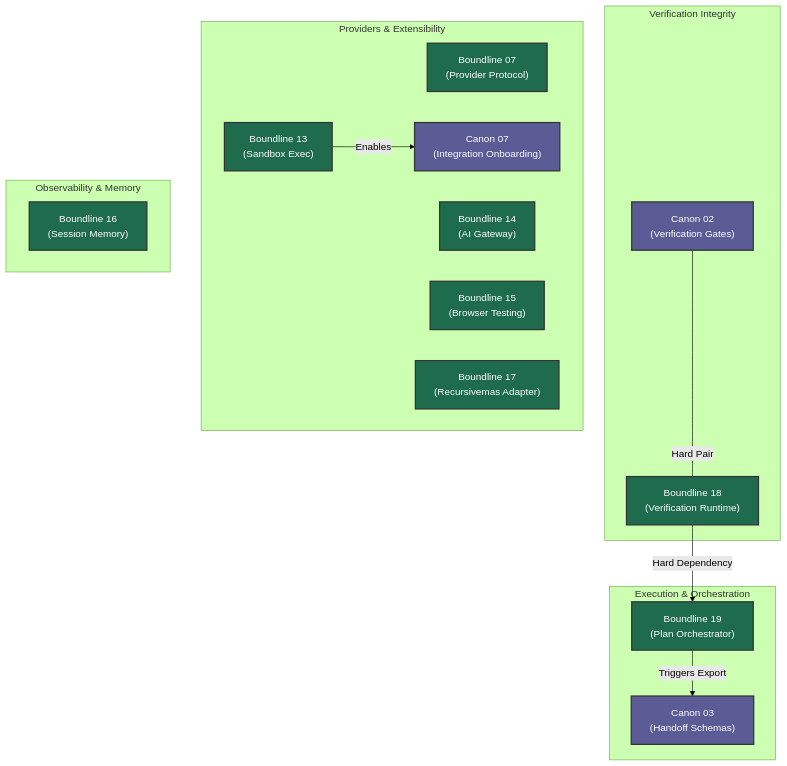
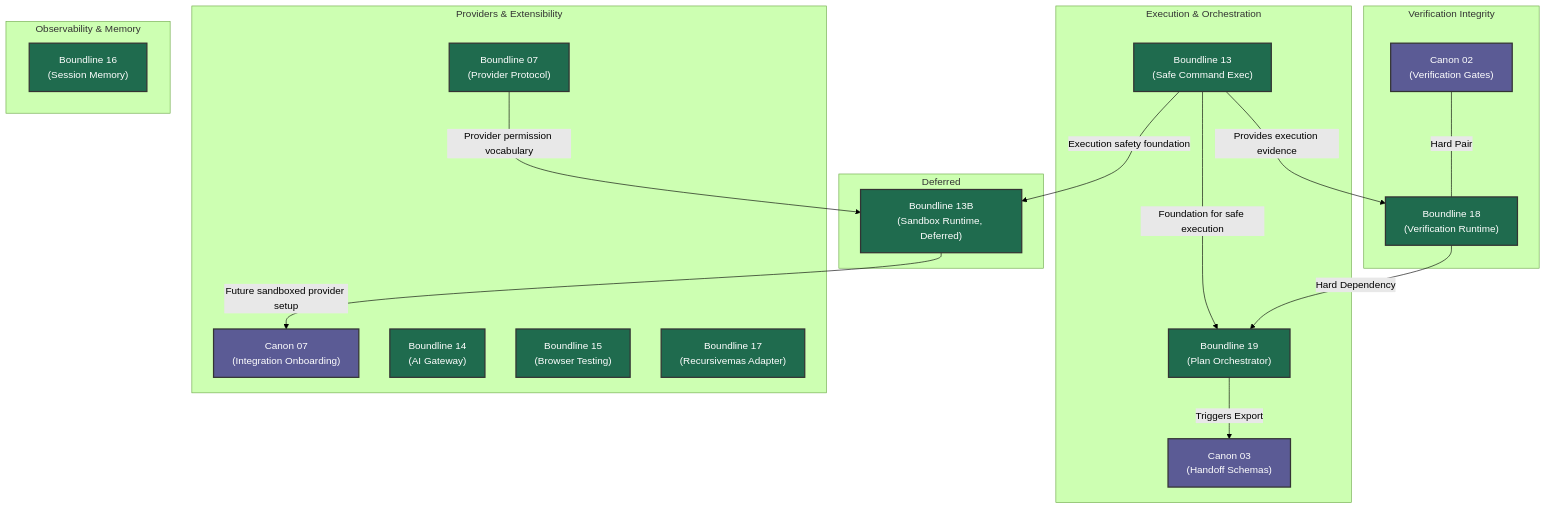
The diagram in roadmap/joint-roadmap-graph.md (apply-the/boundline), drawn with Mermaid (forest theme) before and after one commit. The commit also changed other lines of this file and 60 other files, not shown here.

First line of the commit message:
feat: add safe command execution and evidence capture (spec 077)

````diff
--- a/roadmap/joint-roadmap-graph.md
+++ b/roadmap/joint-roadmap-graph.md
@@ -7,35 +7,44 @@
 ```mermaid
 flowchart TD
     %% Styling
     classDef canon fill:#5b5b95,stroke:#333,stroke-width:2px,color:#fff
     classDef boundline fill:#1f6b4e,stroke:#333,stroke-width:2px,color:#fff
 
     subgraph Verification Integrity
         C02["Canon 02<br/>(Verification Gates)"]:::canon
         B18["Boundline 18<br/>(Verification Runtime)"]:::boundline
     end
 
     subgraph Execution & Orchestration
+        B13["Boundline 13<br/>(Safe Command Exec)"]:::boundline
         B19["Boundline 19<br/>(Plan Orchestrator)"]:::boundline
         C03["Canon 03<br/>(Handoff Schemas)"]:::canon
     end
 
     subgraph Providers & Extensibility
         B07["Boundline 07<br/>(Provider Protocol)"]:::boundline
-        B13["Boundline 13<br/>(Sandbox Exec)"]:::boundline
         C07["Canon 07<br/>(Integration Onboarding)"]:::canon
         B14["Boundline 14<br/>(AI Gateway)"]:::boundline
         B15["Boundline 15<br/>(Browser Testing)"]:::boundline
         B17["Boundline 17<br/>(Recursivemas Adapter)"]:::boundline
+    end
+
+    subgraph Deferred
+        B13B["Boundline 13B<br/>(Sandbox Runtime, Deferred)"]:::boundline
     end
 
     subgraph Observability & Memory
         B16["Boundline 16<br/>(Session Memory)"]:::boundline
     end
 
     %% Key Dependencies
     C02 ---|Hard Pair| B18
+    B13 -->|Provides execution evidence| B18
     B18 -->|Hard Dependency| B19
+    B13 -->|Foundation for safe execution| B19
     B19 -->|Triggers Export| C03
-    B13 -->|Enables| C07    
+
+    B07 -->|Provider permission vocabulary| B13B
+    B13 -->|Execution safety foundation| B13B
+    B13B -->|Future sandboxed provider setup| C07    
 ```
````
